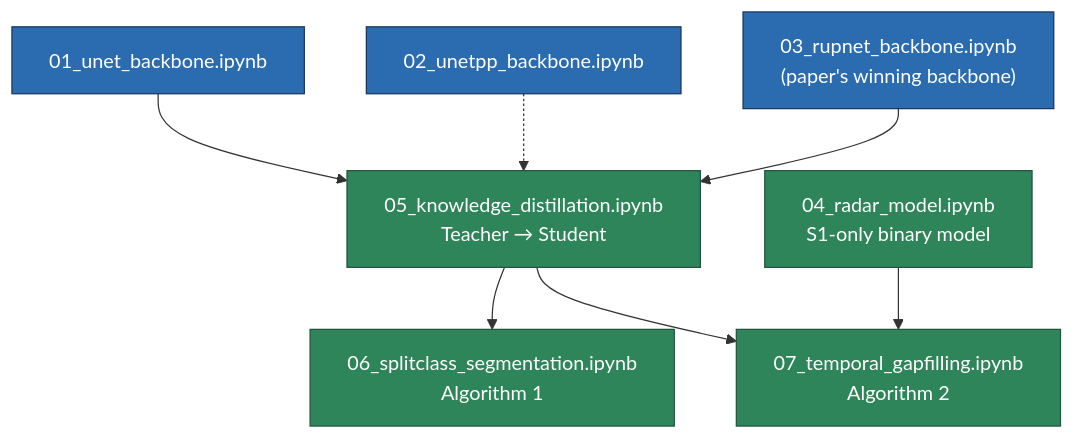
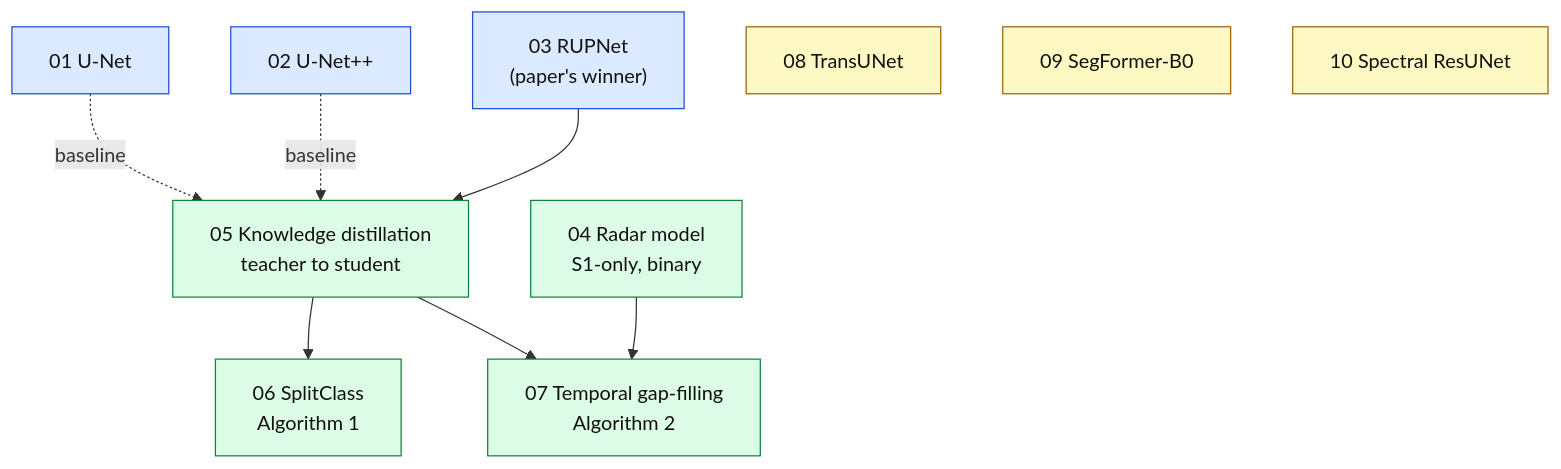
The seventh of 23 diagrams in README.md (Tetra4ge/flood-segmentation-sentinel12), drawn with Mermaid before and after one commit. The commit also changed other lines of this file, not shown here.

````diff
--- a/README.md
+++ b/README.md
@@ -84,22 +277,27 @@
 ```mermaid
 flowchart TD
-    A["01_unet_backbone.ipynb"]
-    B["02_unetpp_backbone.ipynb"]
-    C["03_rupnet_backbone.ipynb\n(paper's winning backbone)"]
-    D["05_knowledge_distillation.ipynb\nTeacher → Student"]
-    E["06_splitclass_segmentation.ipynb\nAlgorithm 1"]
-    F["04_radar_model.ipynb\nS1-only binary model"]
-    G["07_temporal_gapfilling.ipynb\nAlgorithm 2"]
+    A["01 U-Net"]
+    B["02 U-Net++"]
+    C["03 RUPNet<br/>(paper's winner)"]
+    F["04 Radar model<br/>S1-only, binary"]
+    D["05 Knowledge distillation<br/>teacher to student"]
+    E["06 SplitClass<br/>Algorithm 1"]
+    G["07 Temporal gap-filling<br/>Algorithm 2"]
+    H["08 TransUNet"]
+    I["09 SegFormer-B0"]
+    J["10 Spectral ResUNet"]
 
-    A --> D
-    B -.-> D
+    A -.baseline.-> D
+    B -.baseline.-> D
     C --> D
     D --> E
     D --> G
     F --> G
 
-    classDef backbone fill:#2b6cb0,stroke:#1a365d,color:#fff
-    classDef stage fill:#2f855a,stroke:#22543d,color:#fff
-    class A,B,C backbone
-    class D,E,F,G stage
+    classDef bb fill:#dbeafe,stroke:#1d4ed8,color:#111
+    classDef st fill:#dcfce7,stroke:#15803d,color:#111
+    classDef ex fill:#fef9c3,stroke:#a16207,color:#111
+    class A,B,C bb
+    class D,E,F,G st
+    class H,I,J ex
 ```
````
